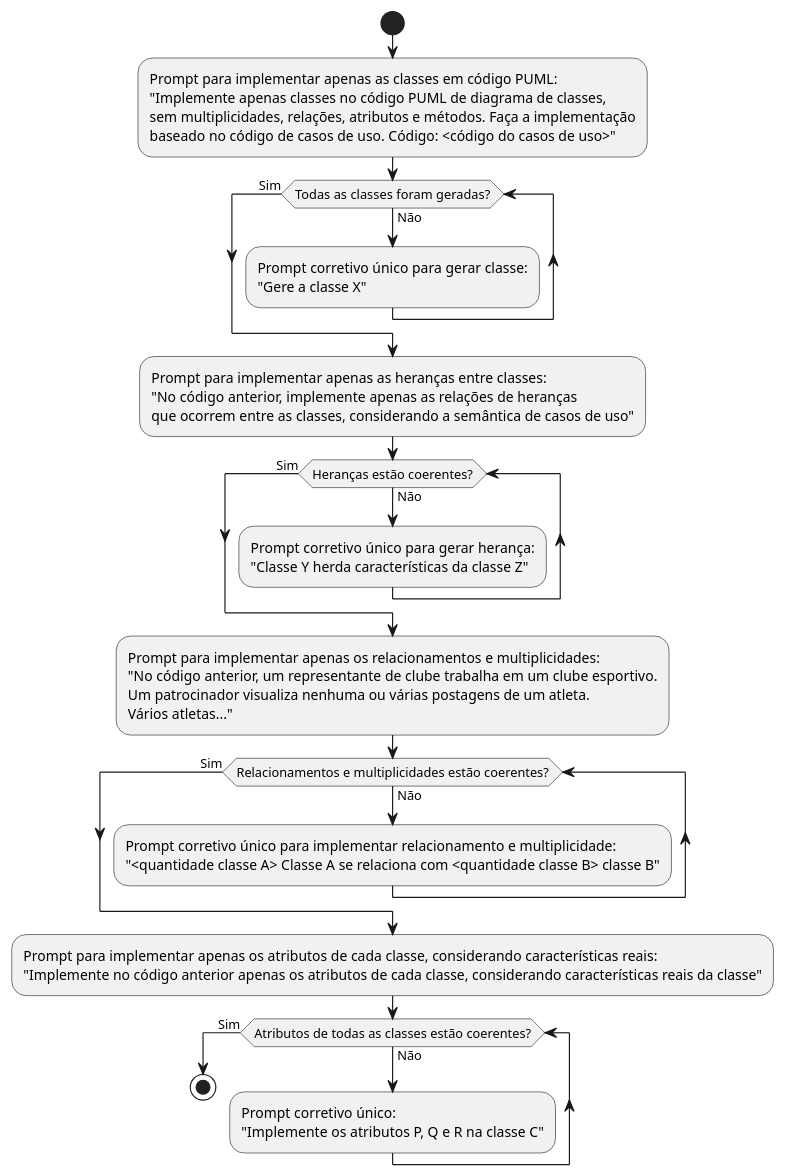
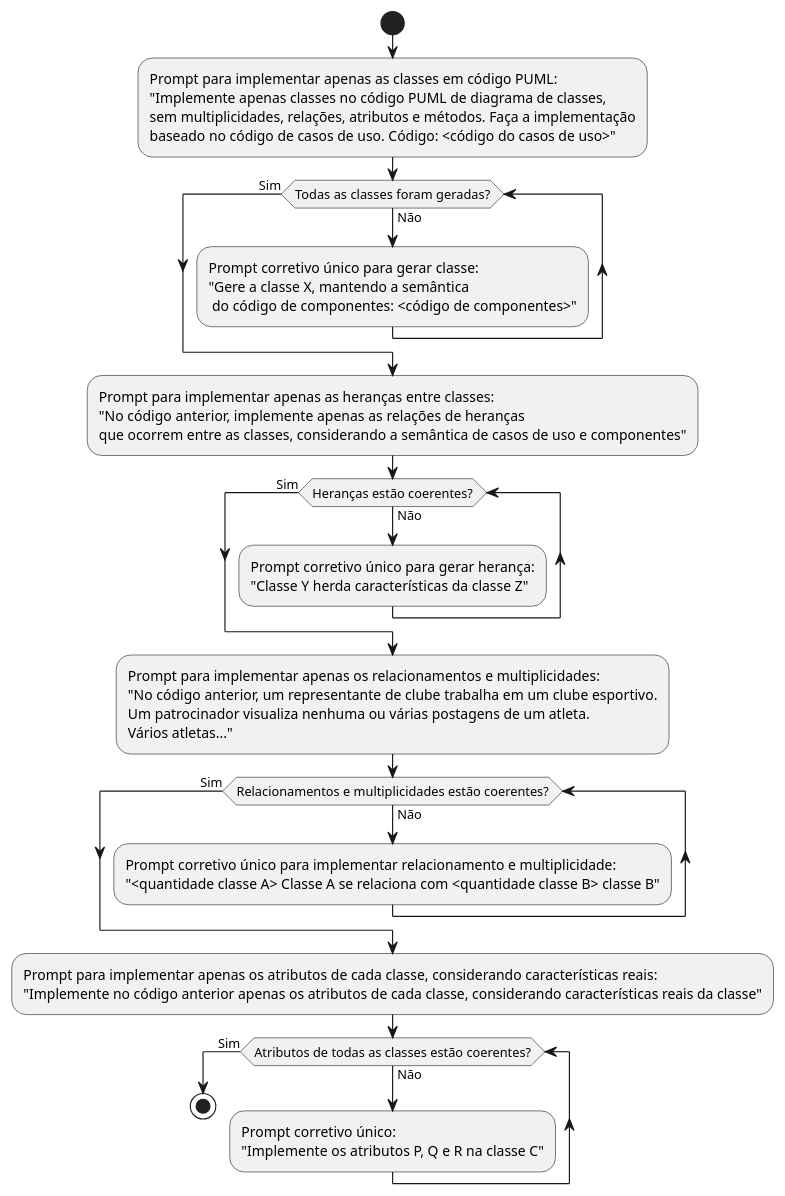
One commit to carloshenriquehannas/TCC changed the diagram in EtapasMetodologia/diagAtividades-etapa3-diagramaClasses.puml. Above: the diagram before and after it, drawn with PlantUML. The commit also changed 4 other files, not shown here.

Commit message:
Diagrama de blocos e correções de Atividades

```diff
--- a/EtapasMetodologia/diagAtividades-etapa3-diagramaClasses.puml
+++ b/EtapasMetodologia/diagAtividades-etapa3-diagramaClasses.puml
@@ -1,26 +1,26 @@
 @startuml diagAtividades-etapa3-diagramaClasses
 skinparam linetype ortho
 skinparam shadowing false
 skinparam monochrome true
 
 start
 
 :Prompt para implementar apenas as classes em código PUML:\n"Implemente apenas classes no código PUML de diagrama de classes,\nsem multiplicidades, relações, atributos e métodos. Faça a implementação\nbaseado no código de casos de uso. Código: <código do casos de uso>";
 while (Todas as classes foram geradas?) is (Não)
-    :Prompt corretivo único para gerar classe:\n"Gere a classe X";
+    :Prompt corretivo único para gerar classe:\n"Gere a classe X, mantendo a semântica\n do código de componentes: <código de componentes>";
 endwhile (Sim)
-:Prompt para implementar apenas as heranças entre classes:\n"No código anterior, implemente apenas as relações de heranças\nque ocorrem entre as classes, considerando a semântica de casos de uso";
+:Prompt para implementar apenas as heranças entre classes:\n"No código anterior, implemente apenas as relações de heranças\nque ocorrem entre as classes, considerando a semântica de casos de uso e componentes";
 while (Heranças estão coerentes?) is (Não)
     :Prompt corretivo único para gerar herança:\n"Classe Y herda características da classe Z";
 endwhile (Sim)
 :Prompt para implementar apenas os relacionamentos e multiplicidades:\n"No código anterior, um representante de clube trabalha em um clube esportivo.\nUm patrocinador visualiza nenhuma ou várias postagens de um atleta.\nVários atletas...";
 while (Relacionamentos e multiplicidades estão coerentes?) is (Não)
     :Prompt corretivo único para implementar relacionamento e multiplicidade:\n"<quantidade classe A> Classe A se relaciona com <quantidade classe B> classe B";
 endwhile (Sim)
 :Prompt para implementar apenas os atributos de cada classe, considerando características reais:\n"Implemente no código anterior apenas os atributos de cada classe, considerando características reais da classe";
 while (Atributos de todas as classes estão coerentes?) is (Não)
     :Prompt corretivo único:\n"Implemente os atributos P, Q e R na classe C";
 endwhile (Sim)
 
 stop
 @enduml
```
